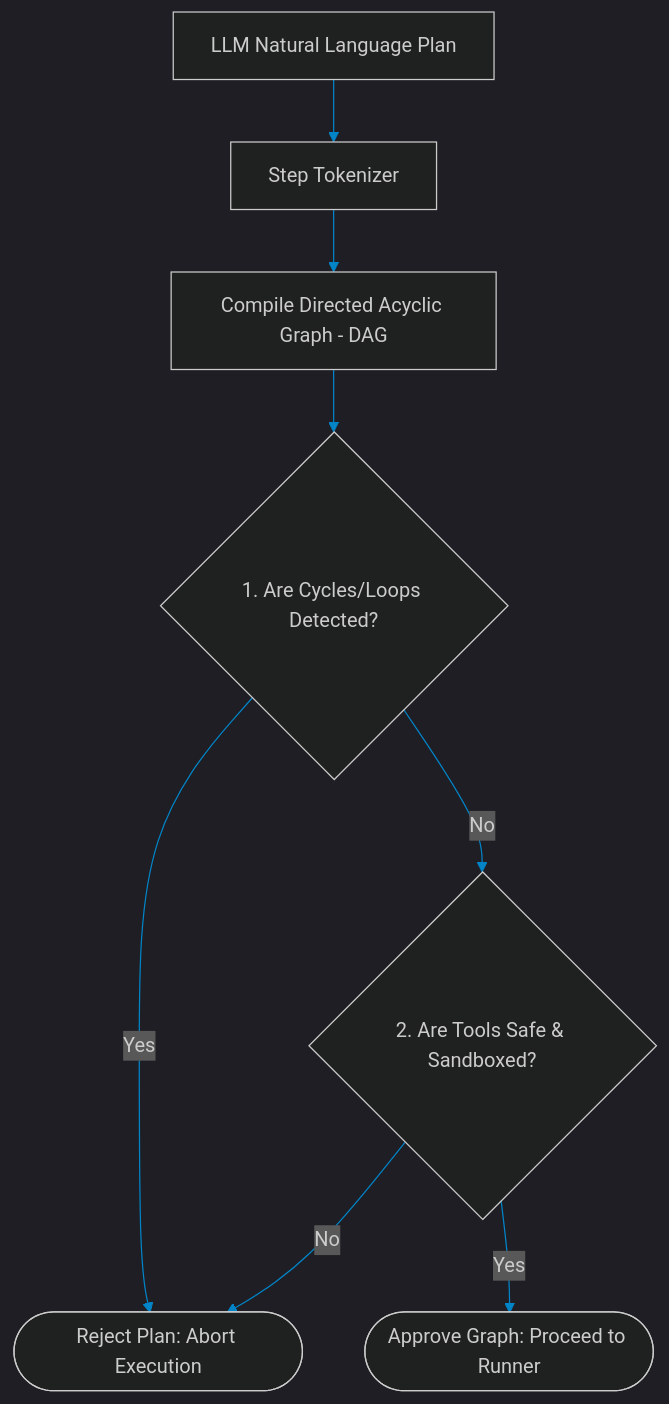
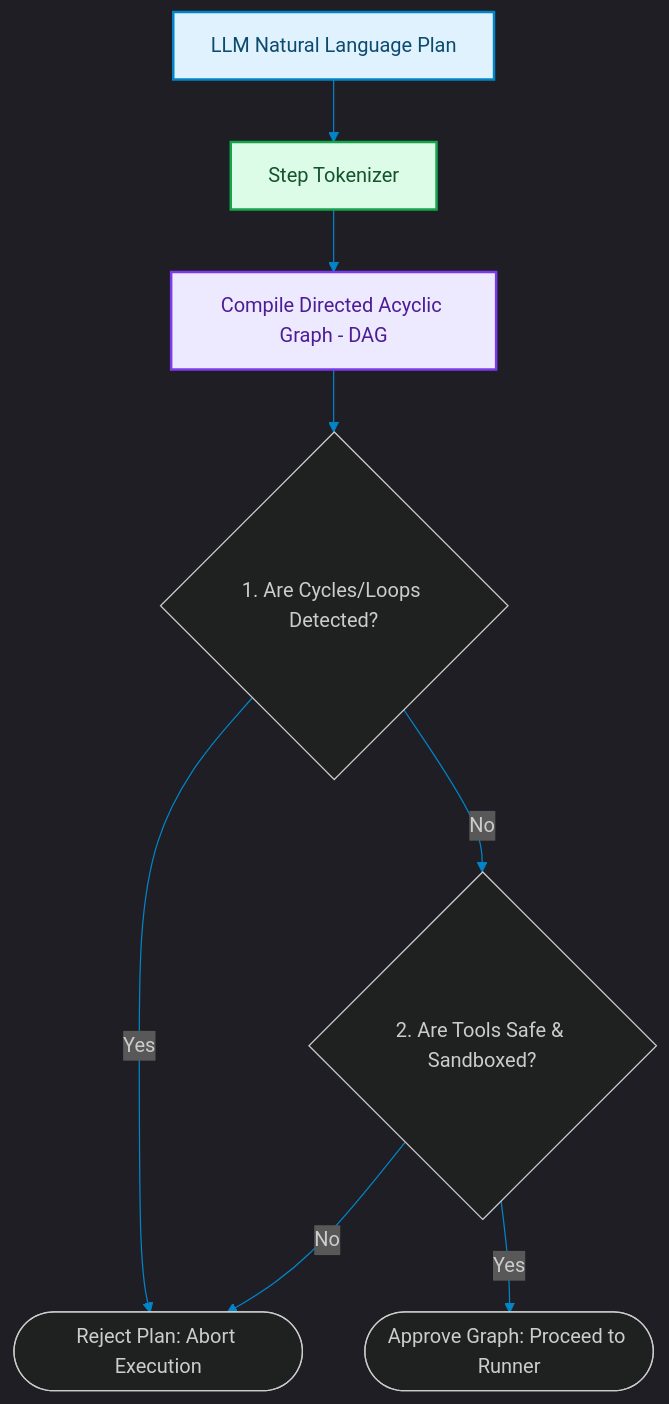
The diagram in blog/posts/system-design-plan-compilation-execution-trees.md (akmalkhaniub/akmalkhaniub.github.io), drawn with Mermaid before and after one commit. The commit also changed other lines of this file and 1291 other files, not shown here.

First line of the commit message:
feat(catalog): unique covers, scholarly references, and diagram palettes

````diff
--- a/blog/posts/system-design-plan-compilation-execution-trees.md
+++ b/blog/posts/system-design-plan-compilation-execution-trees.md
@@ -20,14 +20,23 @@
 ```mermaid
 %%{init: {'theme': 'dark', 'themeVariables': { 'primaryColor': '#0284c7', 'primaryTextColor': '#f3f4f6', 'primaryBorderColor': '#38bdf8', 'lineColor': '#0284c7', 'secondaryColor': '#111827', 'tertiaryColor': '#0b0f19'}}}%%
 flowchart TD
-    RawPlan[LLM Natural Language Plan] --> Parser[Step Tokenizer]
-    Parser --> TreeCompiler[Compile Directed Acyclic Graph - DAG]
+    RawPlan["LLM Natural Language Plan"] --> Parser["Step Tokenizer"]
+    Parser --> TreeCompiler["Compile Directed Acyclic Graph - DAG"]
     
     TreeCompiler --> CheckCycles{1. Are Cycles/Loops Detected?}
     CheckCycles -->|Yes| Reject([Reject Plan: Abort Execution])
     
     CheckCycles -->|No| CheckSecurity{2. Are Tools Safe & Sandboxed?}
     CheckSecurity -->|No| Reject
     
     CheckSecurity -->|Yes| Approve([Approve Graph: Proceed to Runner])
+
+classDef green fill:#dcfce7,stroke:#16a34a,stroke-width:2px,color:#14532d;
+classDef red fill:#fee2e2,stroke:#dc2626,stroke-width:2px,color:#7f1d1d;
+classDef blue fill:#e0f2fe,stroke:#0284c7,stroke-width:2px,color:#0c4a6e;
+classDef yellow fill:#fef3c7,stroke:#d97706,stroke-width:2px,color:#78350f;
+classDef purple fill:#ede9fe,stroke:#7c3aed,stroke-width:2px,color:#4c1d95;
+class RawPlan blue
+class Parser green
+class TreeCompiler purple
 ```
````
